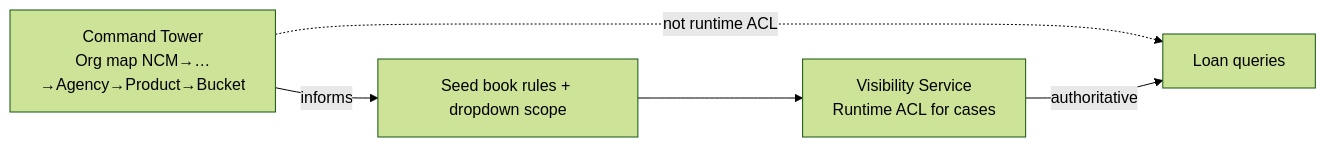
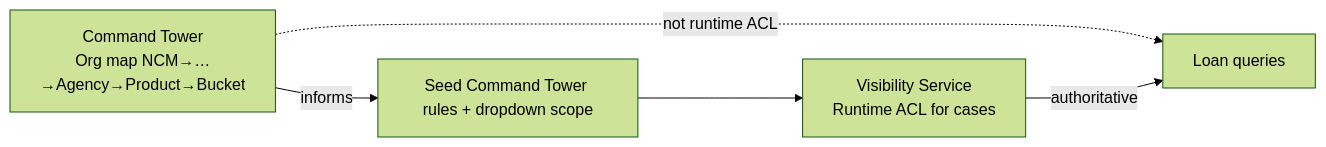
Before and after one commit to shubhamgrayopus/collekto-hierarchy-solution: the tenth of 14 diagrams in Collekto-AuthZ-Visibility-Impact-Understanding.md, drawn with Mermaid (forest theme). The commit also changed other lines of this file and 2 other files, not shown here.

Commit message:
Use Command Tower rules team terminology across the understanding docs.

````diff
--- a/Collekto-AuthZ-Visibility-Impact-Understanding.md
+++ b/Collekto-AuthZ-Visibility-Impact-Understanding.md
@@ -248,9 +248,9 @@
 ```mermaid
 flowchart LR
   CT[Command Tower<br/>Org map NCM→…→Agency→Product→Bucket]
-  Seed[Seed book rules + dropdown scope]
+  Seed[Seed Command Tower rules + dropdown scope]
   Vis[Visibility Service<br/>Runtime ACL for cases]
   CT -->|informs| Seed --> Vis
   CT -.->|not runtime ACL| Cases[Loan queries]
   Vis -->|authoritative| Cases
 ```
````
